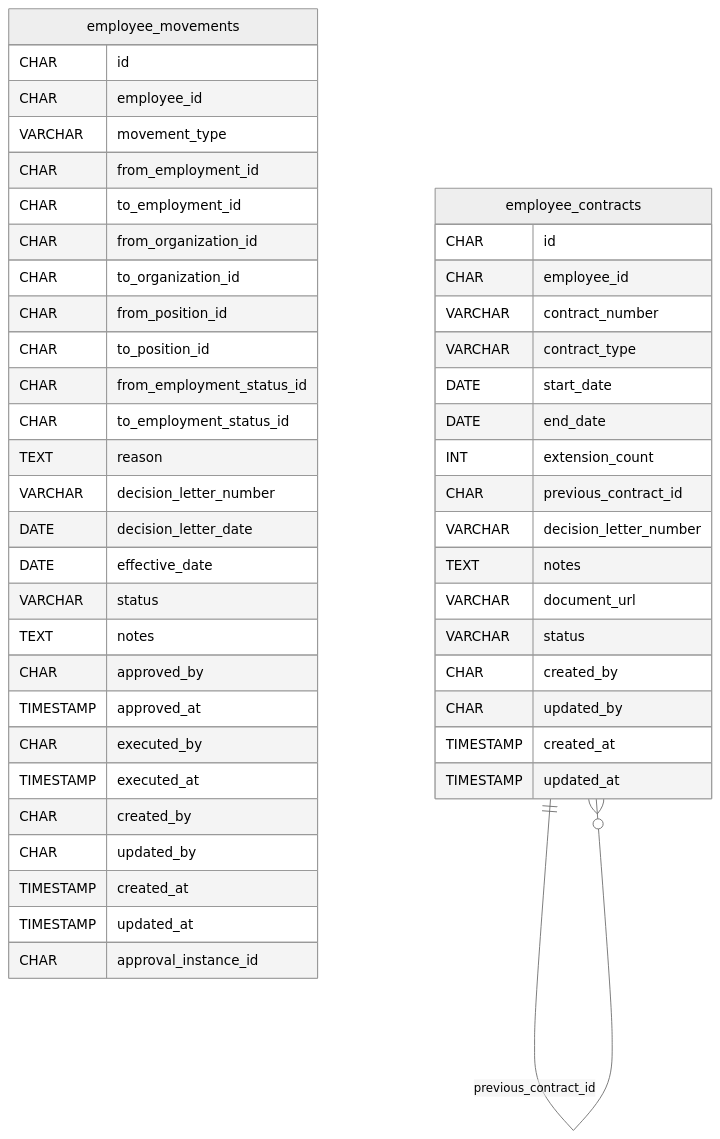
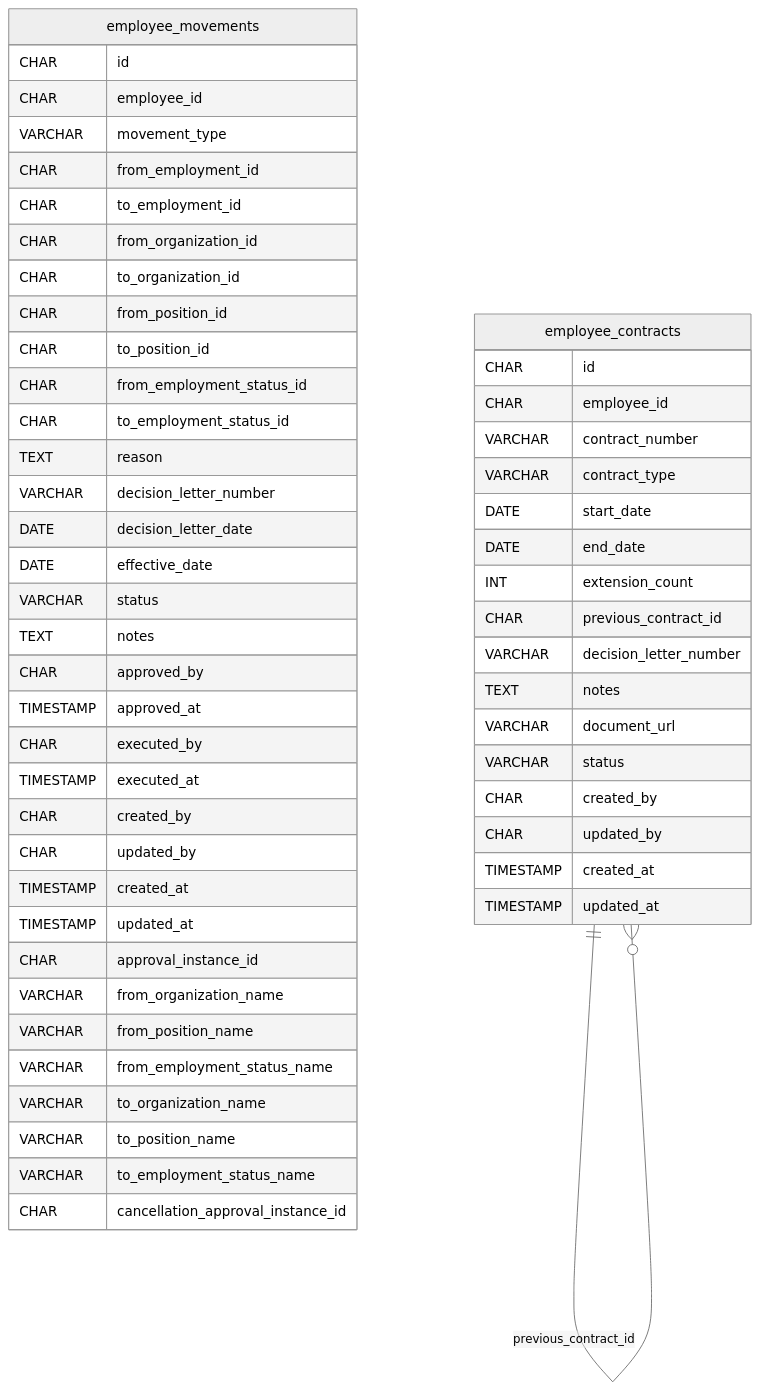
Diagram 13 of 20 in docs/database-schema.md (Inthros-Jagotama/inthros-hris-platform), drawn with Mermaid (neutral theme) before and after one commit. The commit also changed other lines of this file and 10 other files, not shown here.

````diff
--- a/docs/database-schema.md
+++ b/docs/database-schema.md
@@ -2143,50 +2156,57 @@
 ```mermaid
 erDiagram
     employee_movements {
         CHAR id
         CHAR employee_id
         VARCHAR movement_type
         CHAR from_employment_id
         CHAR to_employment_id
         CHAR from_organization_id
         CHAR to_organization_id
         CHAR from_position_id
         CHAR to_position_id
         CHAR from_employment_status_id
         CHAR to_employment_status_id
         TEXT reason
         VARCHAR decision_letter_number
         DATE decision_letter_date
         DATE effective_date
         VARCHAR status
         TEXT notes
         CHAR approved_by
         TIMESTAMP approved_at
         CHAR executed_by
         TIMESTAMP executed_at
         CHAR created_by
         CHAR updated_by
         TIMESTAMP created_at
         TIMESTAMP updated_at
         CHAR approval_instance_id
+        VARCHAR from_organization_name
+        VARCHAR from_position_name
+        VARCHAR from_employment_status_name
+        VARCHAR to_organization_name
+        VARCHAR to_position_name
+        VARCHAR to_employment_status_name
+        CHAR cancellation_approval_instance_id
     }
     employee_contracts {
         CHAR id
         CHAR employee_id
         VARCHAR contract_number
         VARCHAR contract_type
         DATE start_date
         DATE end_date
         INT extension_count
         CHAR previous_contract_id
         VARCHAR decision_letter_number
         TEXT notes
         VARCHAR document_url
         VARCHAR status
         CHAR created_by
         CHAR updated_by
         TIMESTAMP created_at
         TIMESTAMP updated_at
     }
     employee_contracts ||--o{ employee_contracts : "previous_contract_id"
 ```
````
